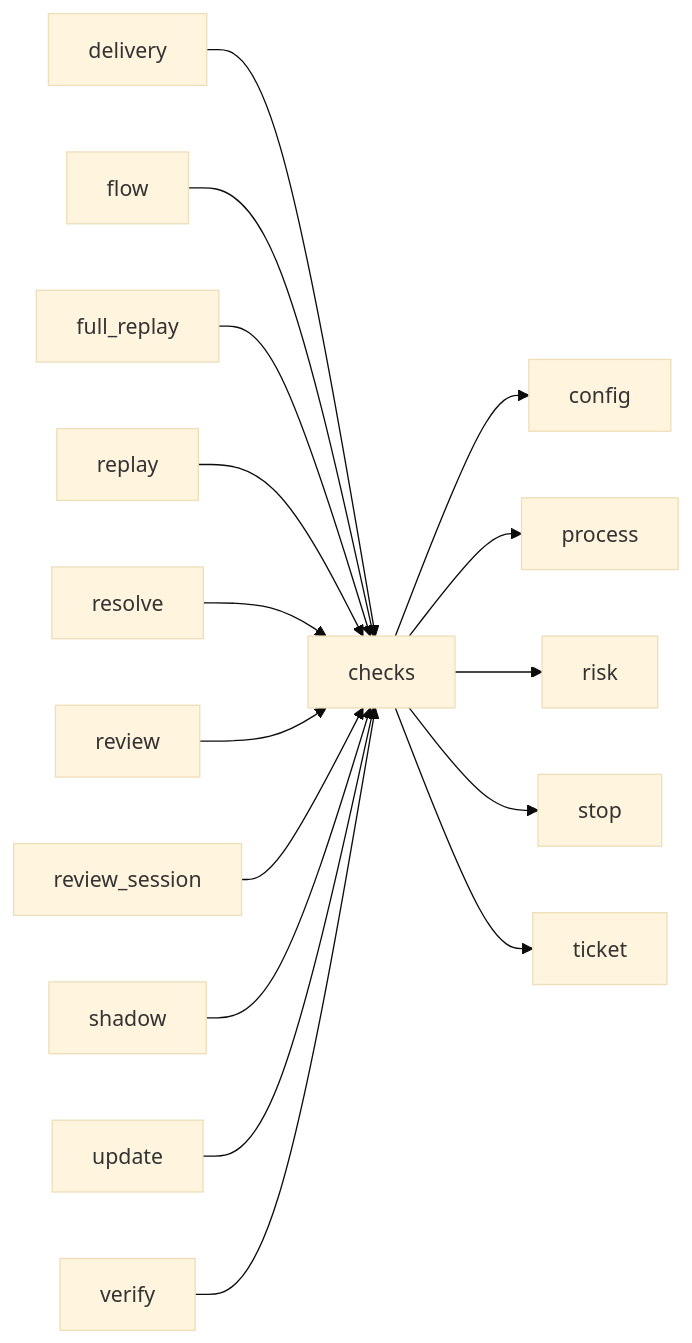
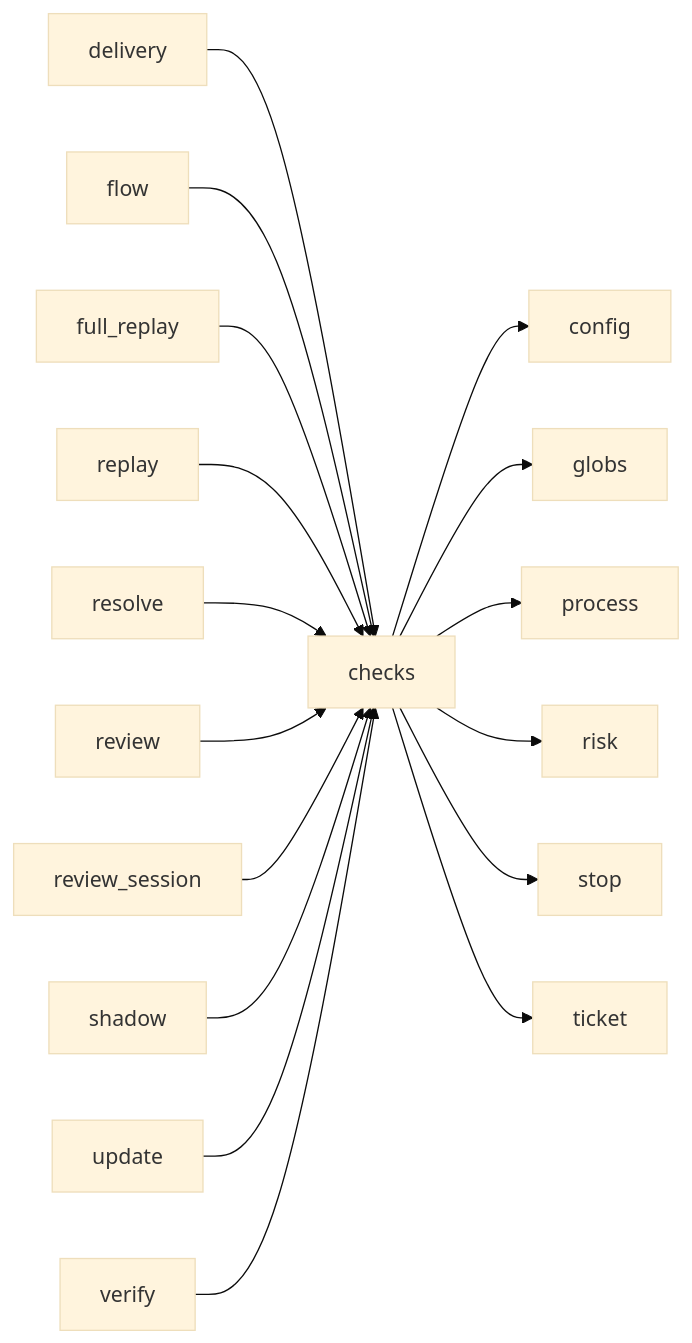
Before and after one commit to plaplanche/ariane: the third of 3 diagrams in docs/architecture/modules/checks.md, drawn with Mermaid (base theme). The commit also changed 42 other files, not shown here.

````diff
--- a/docs/architecture/modules/checks.md
+++ b/docs/architecture/modules/checks.md
@@ -105,18 +105,19 @@
 ```mermaid
 flowchart LR
   checks --> config
+  checks --> globs
   checks --> process
   checks --> risk
   checks --> stop
   checks --> ticket
   delivery --> checks
   flow --> checks
   full_replay --> checks
   replay --> checks
   resolve --> checks
   review --> checks
   review_session --> checks
   shadow --> checks
   update --> checks
   verify --> checks
 ```
````
